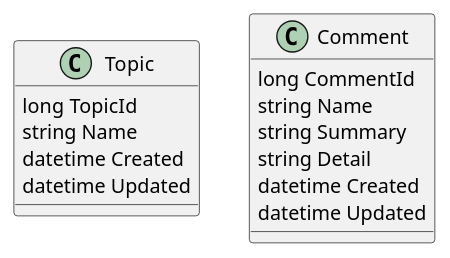
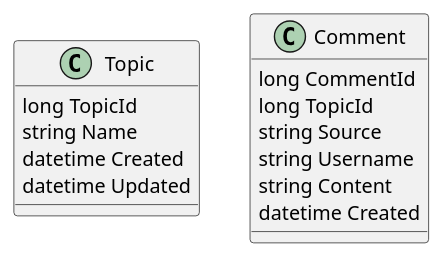
Before and after one commit to liulnn/plant: the diagram in docs/comment/class_diagram.puml, drawn with PlantUML.

```diff
--- a/docs/comment/class_diagram.puml
+++ b/docs/comment/class_diagram.puml
@@ -1,21 +1,20 @@
 @startuml
 
 class Topic {
     long TopicId
     string Name
     datetime Created
     datetime Updated
 }
 
 class Comment {
 	long CommentId
-	string Name
-	string Summary
-    string Detail
+    long TopicId
+	string Source
+	string Username
+    string Content
     datetime Created
-    datetime Updated
 }
 
 
-
 @enduml
```
